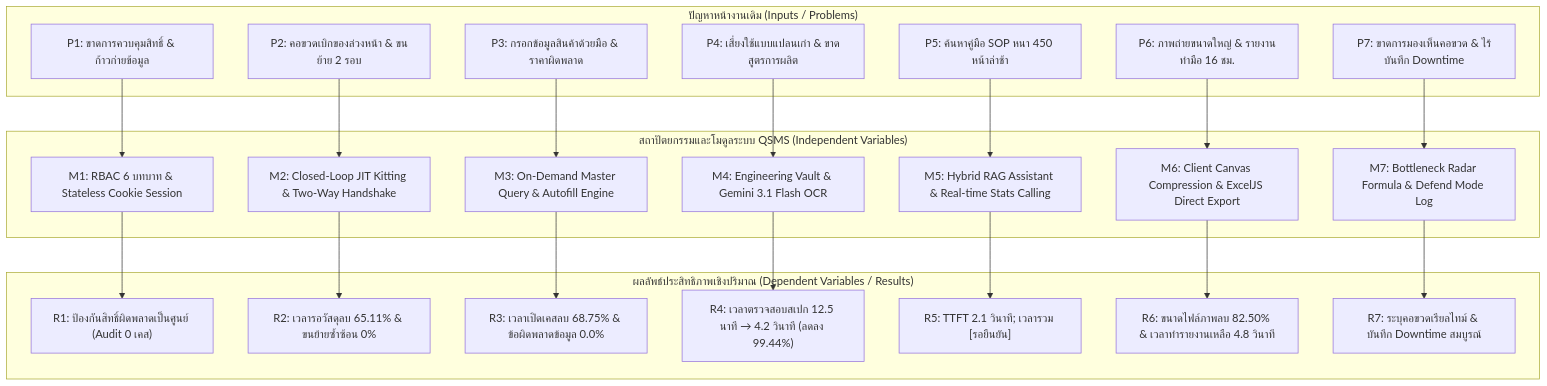
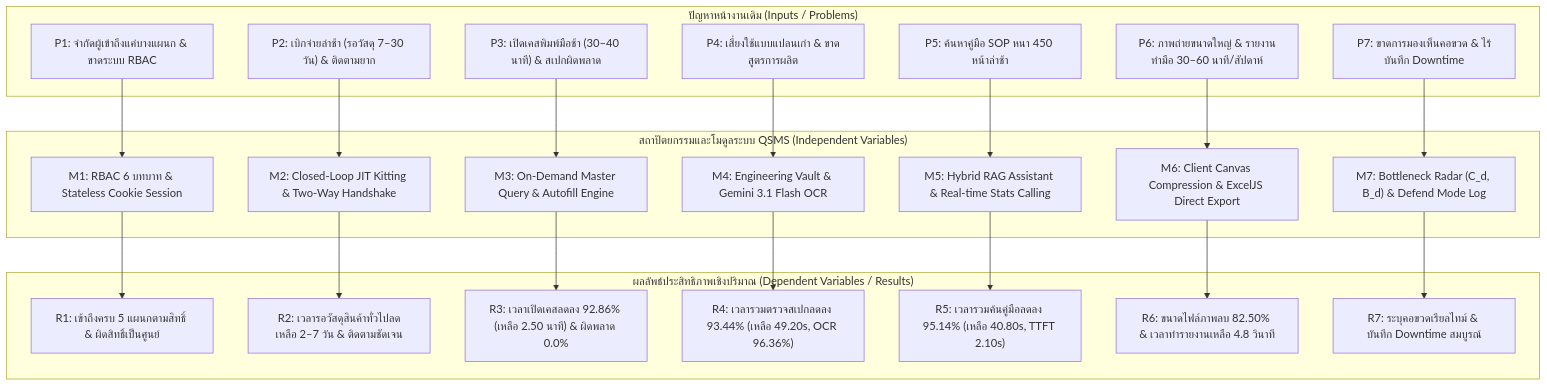
The first of 7 diagrams in thesis_agents/QSMS_Thesis_Complete_Document.md (yean30102546-rgb/QSMS_project), drawn with Mermaid before and after one commit. The commit also changed other lines of this file and 30 other files, not shown here.

````diff
--- a/thesis_agents/QSMS_Thesis_Complete_Document.md
+++ b/thesis_agents/QSMS_Thesis_Complete_Document.md
@@ -479,40 +443,40 @@
 ```mermaid
 graph TD
     subgraph Inputs["ปัญหาหน้างานเดิม (Inputs / Problems)"]
-        In1["P1: ขาดการควบคุมสิทธิ์ & ก้าวก่ายข้อมูล"]
-        In2["P2: คอขวดเบิกของล่วงหน้า & ขนย้าย 2 รอบ"]
-        In3["P3: กรอกข้อมูลสินค้าด้วยมือ & ราคาผิดพลาด"]
+        In1["P1: จำกัดผู้เข้าถึงแค่บางแผนก & ขาดระบบ RBAC"]
+        In2["P2: เบิกจ่ายล่าช้า (รอวัสดุ 7–30 วัน) & ติดตามยาก"]
+        In3["P3: เปิดเคสพิมพ์มือช้า (30–40 นาที) & สเปกผิดพลาด"]
         In4["P4: เสี่ยงใช้แบบแปลนเก่า & ขาดสูตรการผลิต"]
         In5["P5: ค้นหาคู่มือ SOP หนา 450 หน้าล่าช้า"]
-        In6["P6: ภาพถ่ายขนาดใหญ่ & รายงานทำมือ 16 ชม."]
+        In6["P6: ภาพถ่ายขนาดใหญ่ & รายงานทำมือ 30–60 นาที/สัปดาห์"]
         In7["P7: ขาดการมองเห็นคอขวด & ไร้บันทึก Downtime"]
     end
 
     subgraph Process["สถาปัตยกรรมและโมดูลระบบ QSMS (Independent Variables)"]
         M1["M1: RBAC 6 บทบาท & Stateless Cookie Session"]
         M2["M2: Closed-Loop JIT Kitting & Two-Way Handshake"]
         M3["M3: On-Demand Master Query & Autofill Engine"]
         M4["M4: Engineering Vault & Gemini 3.1 Flash OCR"]
         M5["M5: Hybrid RAG Assistant & Real-time Stats Calling"]
         M6["M6: Client Canvas Compression & ExcelJS Direct Export"]
-        M7["M7: Bottleneck Radar Formula & Defend Mode Log"]
+        M7["M7: Bottleneck Radar (C_d, B_d) & Defend Mode Log"]
     end
 
     subgraph Outputs["ผลลัพธ์ประสิทธิภาพเชิงปริมาณ (Dependent Variables / Results)"]
-        Out1["R1: ป้องกันสิทธิ์ผิดพลาดเป็นศูนย์ (Audit 0 เคส)"]
-        Out2["R2: เวลารอวัสดุลบ 65.11% & ขนย้ายซ้ำซ้อน 0%"]
-        Out3["R3: เวลาเปิดเคสลบ 68.75% & ข้อผิดพลาดข้อมูล 0.0%"]
-        Out4["R4: เวลาตรวจสอบสเปก 12.5 นาที → 4.2 วินาที (ลดลง 99.44%)"]
-        Out5["R5: TTFT 2.1 วินาที; เวลารวม [รอยืนยัน]"]
+        Out1["R1: เข้าถึงครบ 5 แผนกตามสิทธิ์ & ผิดสิทธิ์เป็นศูนย์"]
+        Out2["R2: เวลารอวัสดุสินค้าทั่วไปลดเหลือ 2–7 วัน & ติดตามชัดเจน"]
+        Out3["R3: เวลาเปิดเคสลดลง 92.86% (เหลือ 2.50 นาที) & ผิดพลาด 0.0%"]
+        Out4["R4: เวลารวมตรวจสเปกลดลง 93.44% (เหลือ 49.20s, OCR 96.36%)"]
+        Out5["R5: เวลารวมค้นคู่มือลดลง 95.14% (เหลือ 40.80s, TTFT 2.10s)"]
         Out6["R6: ขนาดไฟล์ภาพลบ 82.50% & เวลาทำรายงานเหลือ 4.8 วินาที"]
         Out7["R7: ระบุคอขวดเรียลไทม์ & บันทึก Downtime สมบูรณ์"]
     end
 
     In1 --> M1 --> Out1
     In2 --> M2 --> Out2
     In3 --> M3 --> Out3
     In4 --> M4 --> Out4
     In5 --> M5 --> Out5
     In6 --> M6 --> Out6
     In7 --> M7 --> Out7
 ```
````
